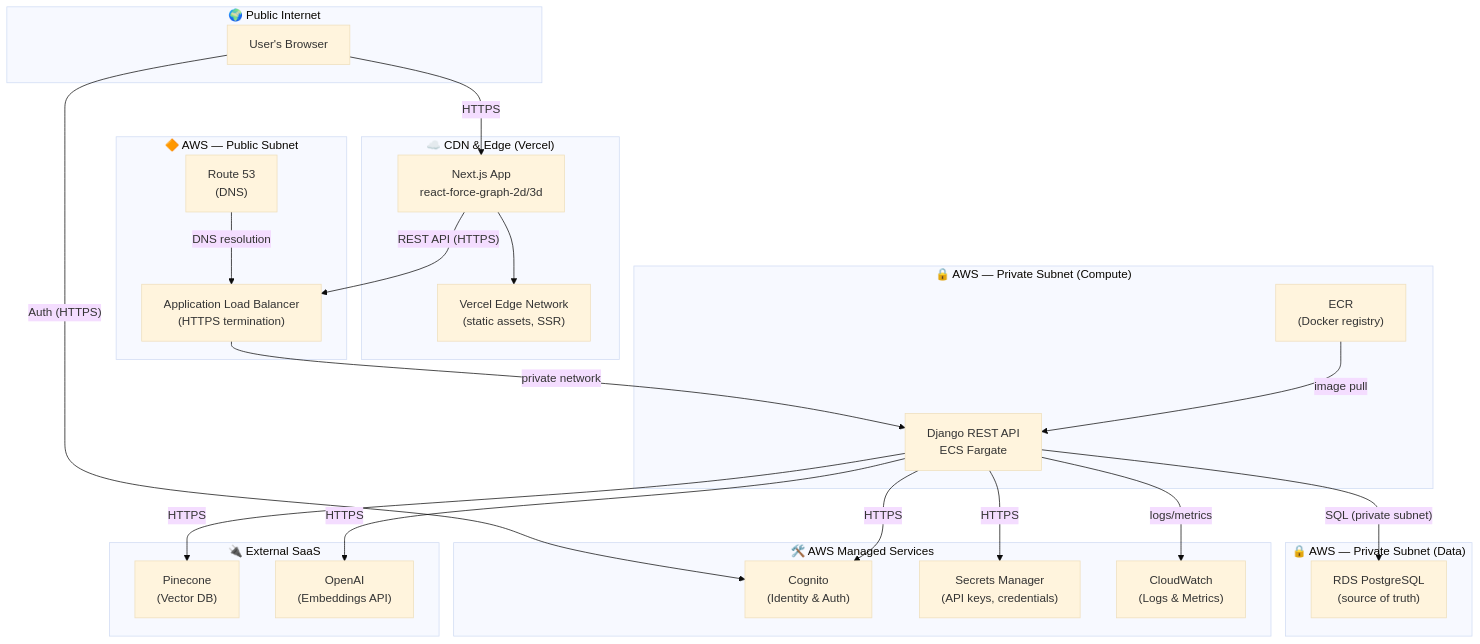
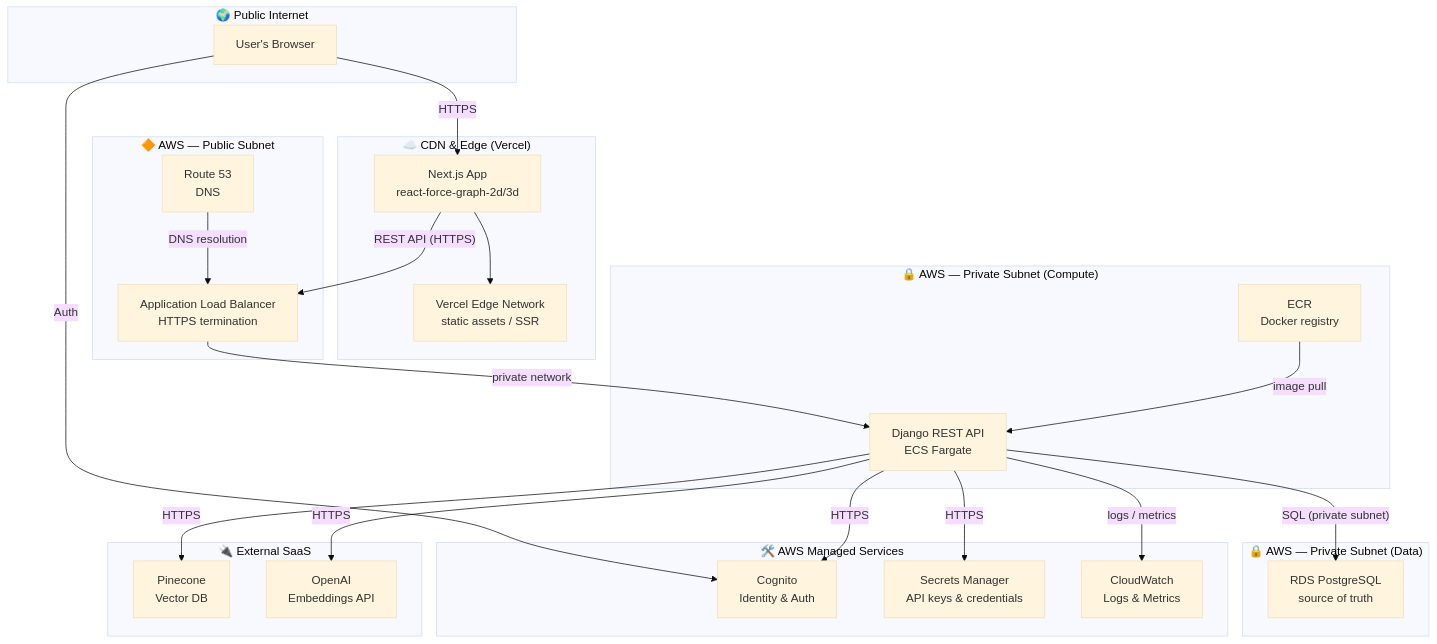
One commit to yeabb/SonderAI-backend changed the first of 6 diagrams in docs/ARCHITECTURE.md. Above: the diagram before and after it, drawn with Mermaid (base theme). The commit also changed other lines of this file, not shown here.

Commit message:
📊 Fix Mermaid line breaks — replace all \n with br tags or single lines

````diff
--- a/docs/ARCHITECTURE.md
+++ b/docs/ARCHITECTURE.md
@@ -9,60 +9,60 @@
 ```mermaid
 graph TB
     %% ── Public Internet ──────────────────────────────────────
     subgraph INTERNET["🌍 Public Internet"]
         Browser["User's Browser"]
     end
 
     %% ── CDN / Edge ───────────────────────────────────────────
-    subgraph CDN["☁️ CDN & Edge  (Vercel)"]
-        NextJS["Next.js App\nreact-force-graph-2d/3d"]
-        VercelCDN["Vercel Edge Network\n(static assets, SSR)"]
+    subgraph CDN["☁️ CDN & Edge (Vercel)"]
+        NextJS["Next.js App<br/>react-force-graph-2d/3d"]
+        VercelCDN["Vercel Edge Network<br/>static assets / SSR"]
     end
 
     %% ── AWS Public Subnet ────────────────────────────────────
     subgraph AWS_PUBLIC["🔶 AWS — Public Subnet"]
-        Route53["Route 53\n(DNS)"]
-        ALB["Application Load Balancer\n(HTTPS termination)"]
+        Route53["Route 53<br/>DNS"]
+        ALB["Application Load Balancer<br/>HTTPS termination"]
     end
 
     %% ── AWS Private Subnet — Compute ─────────────────────────
-    subgraph AWS_COMPUTE["🔒 AWS — Private Subnet  (Compute)"]
-        Django["Django REST API\nECS Fargate"]
-        ECR["ECR\n(Docker registry)"]
+    subgraph AWS_COMPUTE["🔒 AWS — Private Subnet (Compute)"]
+        Django["Django REST API<br/>ECS Fargate"]
+        ECR["ECR<br/>Docker registry"]
     end
 
     %% ── AWS Private Subnet — Data ────────────────────────────
-    subgraph AWS_DATA["🔒 AWS — Private Subnet  (Data)"]
-        RDS["RDS PostgreSQL\n(source of truth)"]
+    subgraph AWS_DATA["🔒 AWS — Private Subnet (Data)"]
+        RDS["RDS PostgreSQL<br/>source of truth"]
     end
 
     %% ── AWS Managed Services ─────────────────────────────────
     subgraph AWS_MANAGED["🛠️ AWS Managed Services"]
-        Cognito["Cognito\n(Identity & Auth)"]
-        Secrets["Secrets Manager\n(API keys, credentials)"]
-        CloudWatch["CloudWatch\n(Logs & Metrics)"]
+        Cognito["Cognito<br/>Identity & Auth"]
+        Secrets["Secrets Manager<br/>API keys & credentials"]
+        CloudWatch["CloudWatch<br/>Logs & Metrics"]
     end
 
     %% ── External SaaS ────────────────────────────────────────
     subgraph SAAS["🔌 External SaaS"]
-        Pinecone["Pinecone\n(Vector DB)"]
-        OpenAI["OpenAI\n(Embeddings API)"]
+        Pinecone["Pinecone<br/>Vector DB"]
+        OpenAI["OpenAI<br/>Embeddings API"]
     end
 
     %% ── Connections ──────────────────────────────────────────
     Browser -->|"HTTPS"| NextJS
-    Browser -->|"Auth (HTTPS)"| Cognito
+    Browser -->|"Auth"| Cognito
     NextJS --> VercelCDN
     NextJS -->|"REST API (HTTPS)"| ALB
 
     Route53 -->|"DNS resolution"| ALB
     ALB -->|"private network"| Django
     ECR -->|"image pull"| Django
 
     Django -->|"SQL (private subnet)"| RDS
     Django -->|"HTTPS"| Pinecone
     Django -->|"HTTPS"| OpenAI
     Django -->|"HTTPS"| Cognito
     Django -->|"HTTPS"| Secrets
-    Django -->|"logs/metrics"| CloudWatch
+    Django -->|"logs / metrics"| CloudWatch
 ```
````
